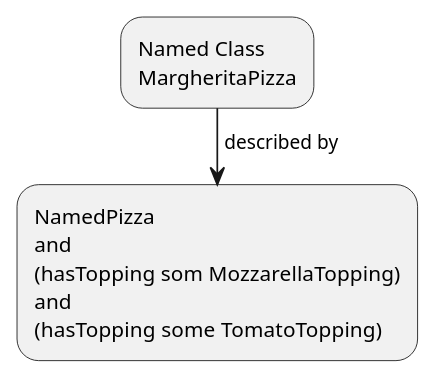
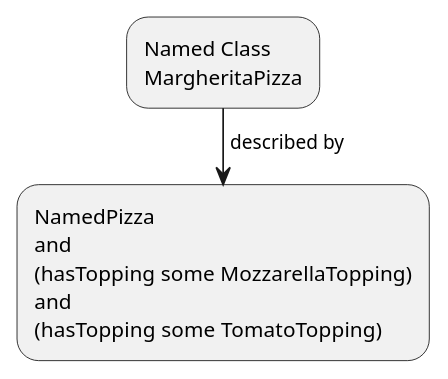
Before and after one commit to yasenstar/protege_pizza: diagram 13 of 13 in ebook/markdown/ch17.md, drawn with PlantUML. The commit also changed other lines of this file and 1 other file, not shown here.

````diff
--- a/ebook/markdown/ch17.md
+++ b/ebook/markdown/ch17.md
@@ -1305,7 +1306,7 @@
 ```plantuml
 @startuml
 :Named Class\nMargheritaPizza;
 ->described by;
-:NamedPizza\nand\n(hasTopping som MozzarellaTopping)\nand\n(hasTopping some TomatoTopping);
+:NamedPizza\nand\n(hasTopping some MozzarellaTopping)\nand\n(hasTopping some TomatoTopping);
 @enduml
 ```
````
